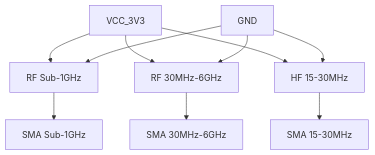
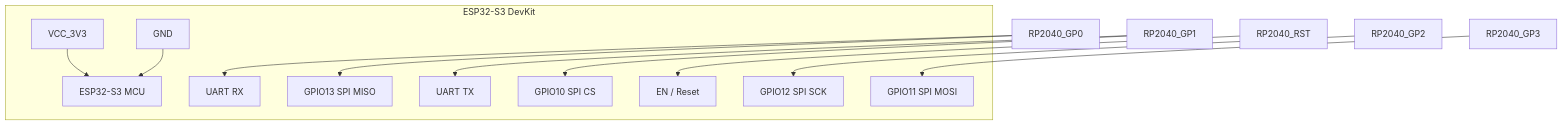
Before and after one commit to morteerror404/Goitaca-Hacker-HUB: the fourth of 6 diagrams in Squemas/subdivisões/RF/diagrama de conexão.md, drawn with Mermaid. The commit also changed other lines of this file and 2 other files, not shown here.

````diff
--- a/Squemas/subdivisões/RF/diagrama de conexão.md
+++ b/Squemas/subdivisões/RF/diagrama de conexão.md
@@ -121,14 +80,26 @@
 ```mermaid
 graph TD
-    RF_SUB1G["RF Sub-1GHz"] --> SMA_SUB1G["SMA Sub-1GHz"]
-    RF_6GHz["RF 30MHz-6GHz"] --> SMA_6GHz["SMA 30MHz-6GHz"]
-    HF_FE["HF 15-30MHz"] --> SMA_HF["SMA 15-30MHz"]
+    subgraph MCU_ESP32["ESP32-S3 DevKit"]
+        ESP32["ESP32-S3 MCU"]
+        ESP32_GPIO10["GPIO10 SPI CS"]
+        ESP32_GPIO11["GPIO11 SPI MOSI"]
+        ESP32_GPIO12["GPIO12 SPI SCK"]
+        ESP32_GPIO13["GPIO13 SPI MISO"]
+        ESP32_GPIO17["UART RX"]
+        ESP32_GPIO18["UART TX"]
+        ESP32_EN["EN / Reset"]
 
-    %% Alimentação
-    VCC_3V3 --> RF_SUB1G
-    VCC_3V3 --> RF_6GHz
-    VCC_3V3 --> HF_FE
-    GND --> RF_SUB1G
-    GND --> RF_6GHz
-    GND --> HF_FE
+        VCC_3V3 --> ESP32
+        GND --> ESP32
+    end
+
+    %% Conexões com RP2040
+    RP2040_GP0 --> ESP32_GPIO17
+    RP2040_GP1 --> ESP32_GPIO18
+    RP2040_RST --> ESP32_EN
+
+    RP2040_GP2 --> ESP32_GPIO12
+    RP2040_GP3 --> ESP32_GPIO11
+    RP2040_GP0 --> ESP32_GPIO13
+    RP2040_GP1 --> ESP32_GPIO10
 ```
````
